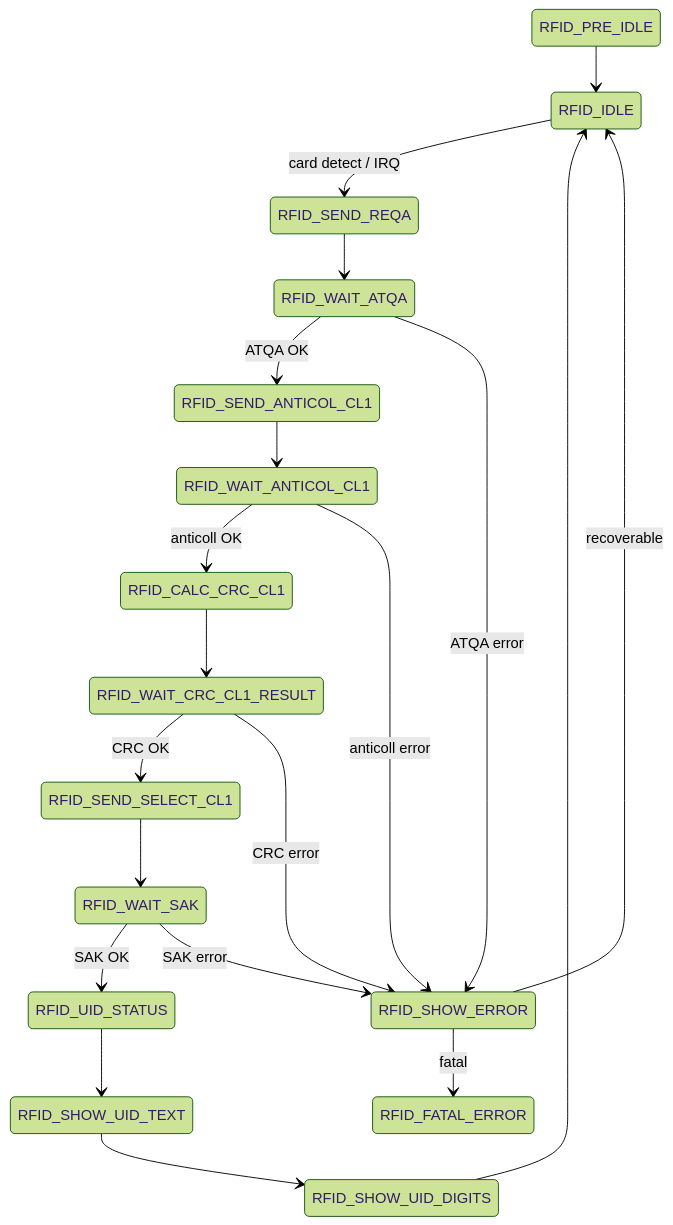
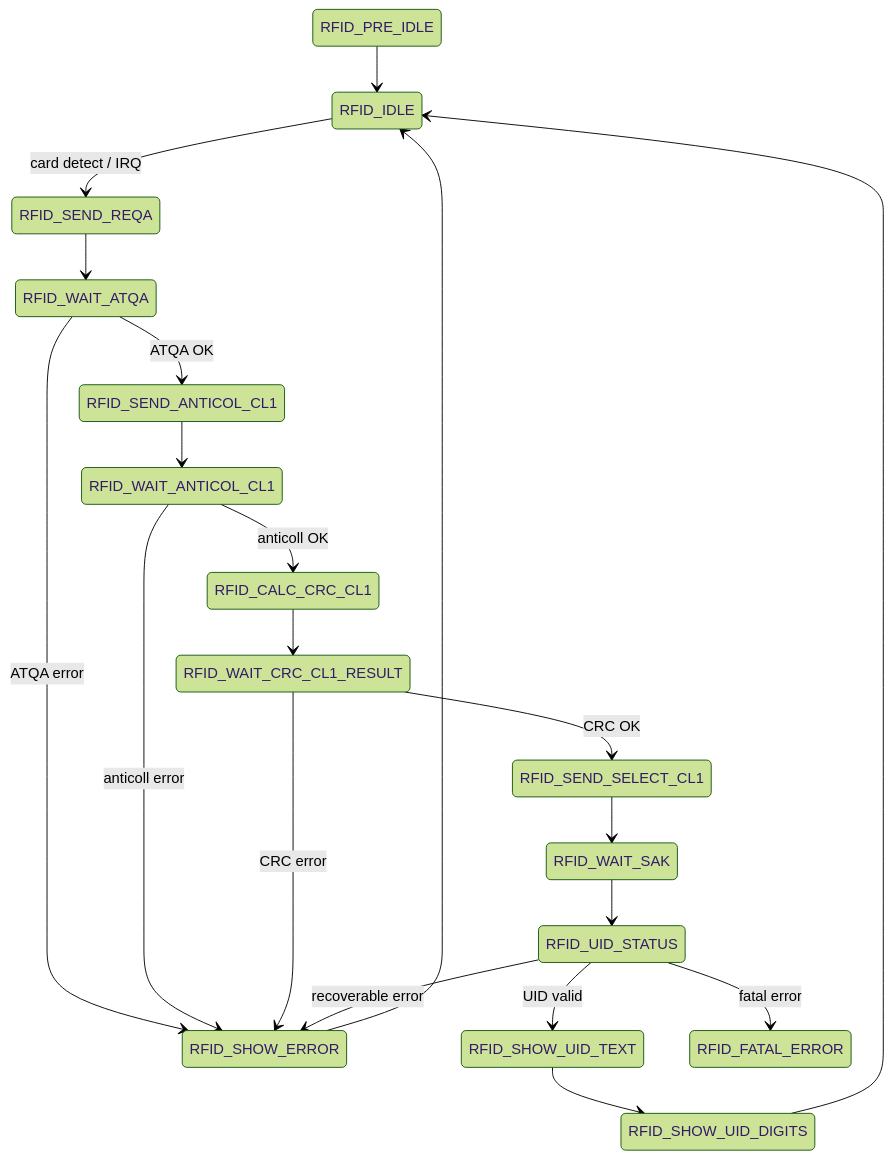
Before and after one commit to gadigidi/STM32_RFID: the diagram in README.md, drawn with Mermaid (forest theme).

````diff
--- a/README.md
+++ b/README.md
@@ -23,32 +23,32 @@
 ```mermaid
 stateDiagram-v2
     RFID_PRE_IDLE --> RFID_IDLE
 
     RFID_IDLE --> RFID_SEND_REQA : card detect / IRQ
     RFID_SEND_REQA --> RFID_WAIT_ATQA
 
     RFID_WAIT_ATQA --> RFID_SEND_ANTICOL_CL1 : ATQA OK
     RFID_WAIT_ATQA --> RFID_SHOW_ERROR : ATQA error
 
     RFID_SEND_ANTICOL_CL1 --> RFID_WAIT_ANTICOL_CL1
 
     RFID_WAIT_ANTICOL_CL1 --> RFID_CALC_CRC_CL1 : anticoll OK
     RFID_WAIT_ANTICOL_CL1 --> RFID_SHOW_ERROR : anticoll error
 
     RFID_CALC_CRC_CL1 --> RFID_WAIT_CRC_CL1_RESULT
 
     RFID_WAIT_CRC_CL1_RESULT --> RFID_SEND_SELECT_CL1 : CRC OK
     RFID_WAIT_CRC_CL1_RESULT --> RFID_SHOW_ERROR : CRC error
 
     RFID_SEND_SELECT_CL1 --> RFID_WAIT_SAK
+    RFID_WAIT_SAK --> RFID_UID_STATUS
 
-    RFID_WAIT_SAK --> RFID_UID_STATUS : SAK OK
-    RFID_WAIT_SAK --> RFID_SHOW_ERROR : SAK error
+    RFID_UID_STATUS --> RFID_SHOW_UID_TEXT : UID valid
+    RFID_UID_STATUS --> RFID_SHOW_ERROR : recoverable error
+    RFID_UID_STATUS --> RFID_FATAL_ERROR : fatal error
 
-    RFID_UID_STATUS --> RFID_SHOW_UID_TEXT
     RFID_SHOW_UID_TEXT --> RFID_SHOW_UID_DIGITS
     RFID_SHOW_UID_DIGITS --> RFID_IDLE
 
-    RFID_SHOW_ERROR --> RFID_IDLE : recoverable
-    RFID_SHOW_ERROR --> RFID_FATAL_ERROR : fatal
+    RFID_SHOW_ERROR --> RFID_IDLE
 ```
````
